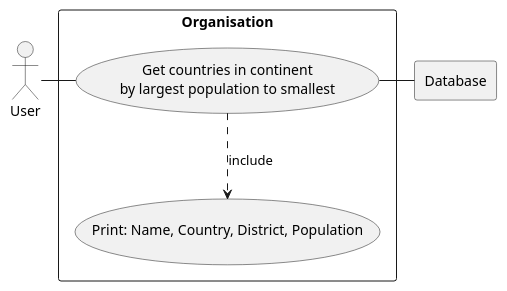
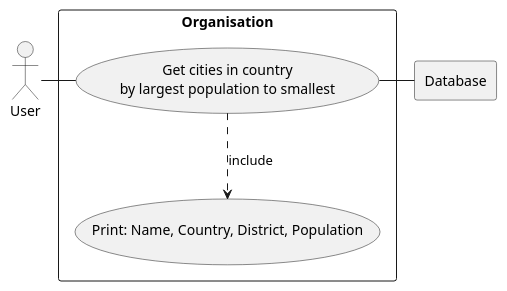
One commit to scan-lan/Group-Project changed the diagram in use-cases/use-case-3.4.puml. Above: the diagram before and after it, drawn with PlantUML. The commit also changed 6 other files, not shown here.

Commit message:
add Use Case Diagrams 4.1-4.5

```diff
--- a/use-cases/use-case-3.4.puml
+++ b/use-cases/use-case-3.4.puml
@@ -1,18 +1,18 @@
 @startuml
 
 
 
 rectangle Database
 
 rectangle "Organisation" {
-    usecase UC1 as "Get countries in continent
+    usecase UC1 as "Get cities in country
     by largest population to smallest"
 
     usecase UCa as "Print: Name, Country, District, Population"
 }
     User - UC1
     UC1 ..> UCa : include
     UC1 - Database
 
 
 @enduml
```
